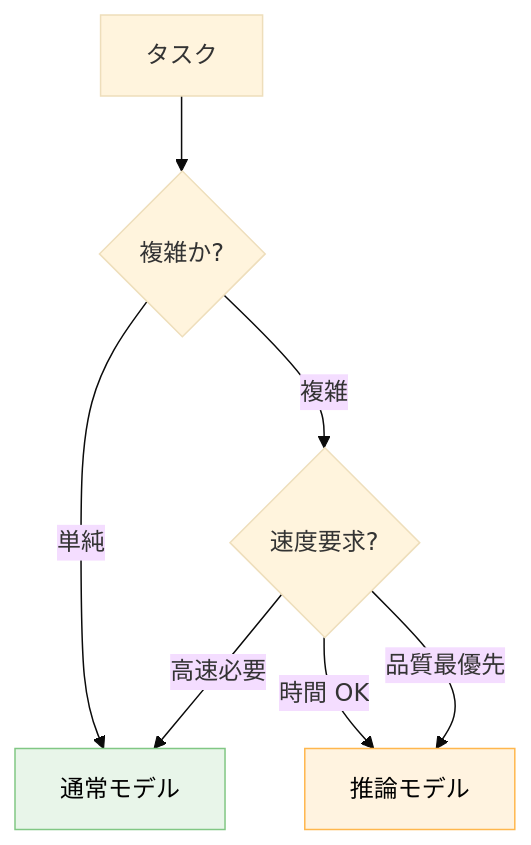
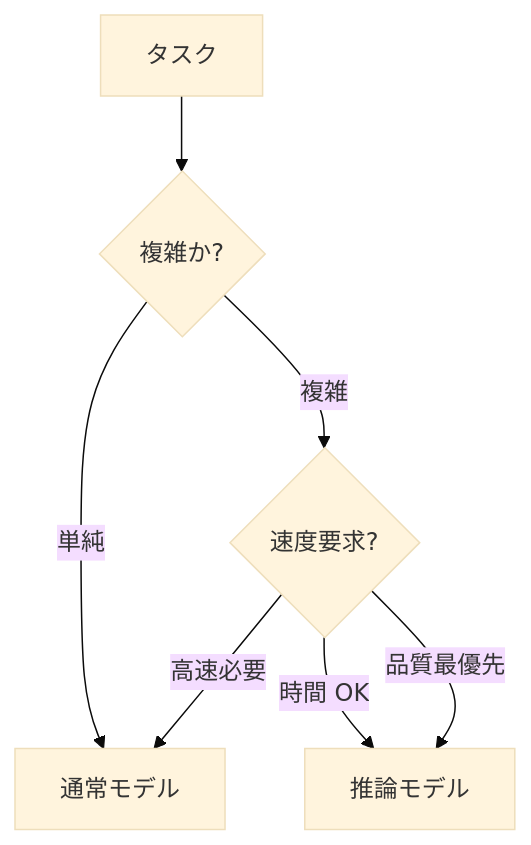
One commit to dinekt/dinekt-wiki changed the second of 3 diagrams in docs/techniques/推論モデル-o1o3extended-thinking-の使いどころ.md. Above: the diagram before and after it, drawn with Mermaid (base theme). The commit also changed other lines of this file and 70 other files, not shown here.

First line of the commit message:
fix(mermaid): strip all inline styling, rely on theme

````diff
--- a/docs/techniques/推論モデル-o1o3extended-thinking-の使いどころ.md
+++ b/docs/techniques/推論モデル-o1o3extended-thinking-の使いどころ.md
@@ -73,12 +71,10 @@
 ```mermaid
 flowchart TD
     Q[タスク] --> A{複雑か?}
     A -->|単純| N[通常モデル]
     A -->|複雑| B{速度要求?}
     B -->|高速必要| N
     B -->|時間 OK| R[推論モデル]
     B -->|品質最優先| R
 
-    style N fill:#e8f5e9,stroke:#81c784,color:#000
-    style R fill:#fff3e0,stroke:#ffb74d,color:#000
 ```
````
